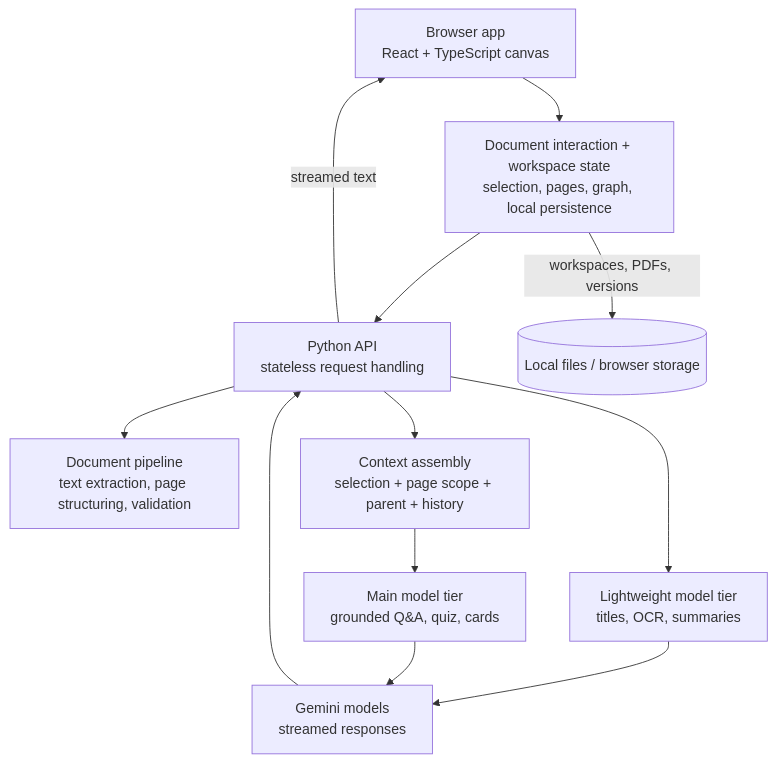
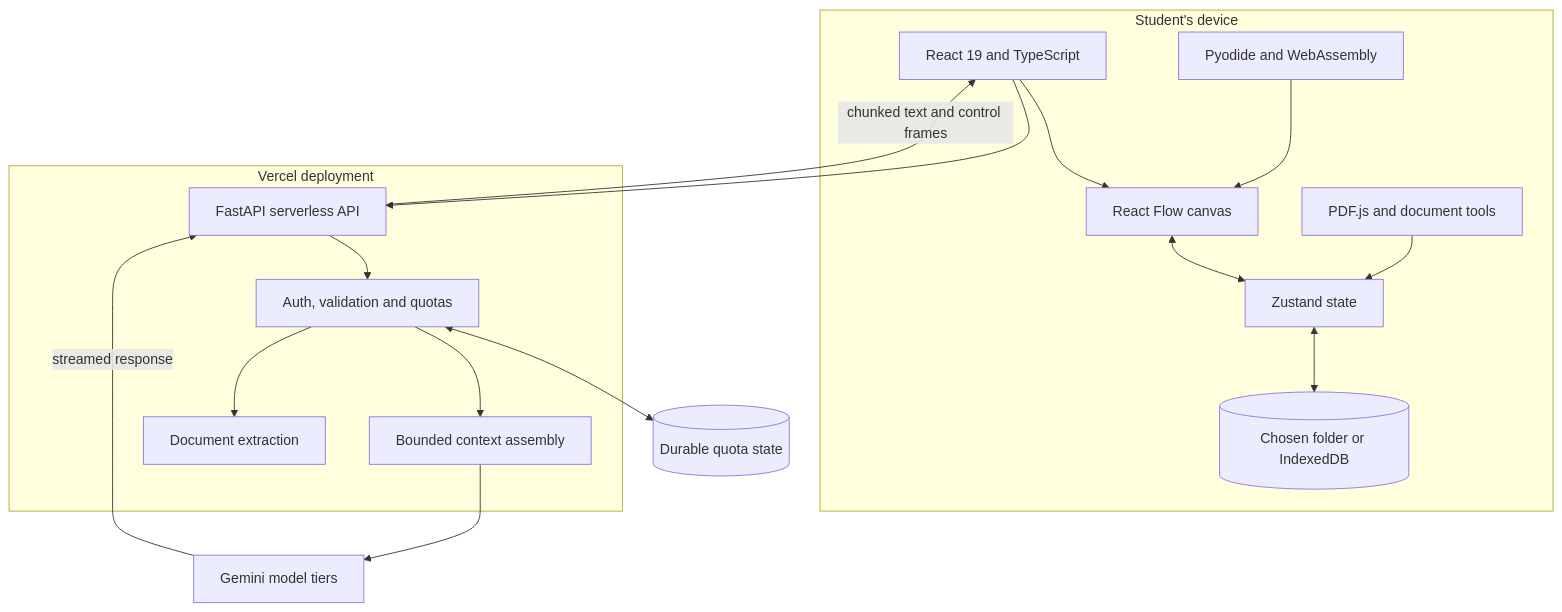
The second of 2 diagrams in README.md (AkshayReddyGujjula/StudyCanvas-Public), drawn with Mermaid before and after one commit. The commit also changed other lines of this file and 6 other files, not shown here.

````diff
--- a/README.md
+++ b/README.md
@@ -44,23 +101,35 @@
 ```mermaid
 flowchart TB
-    Browser[Browser app<br/>React + TypeScript canvas]
-    Docs[Document interaction + workspace state<br/>selection, pages, graph, local persistence]
-    API[Python API<br/>stateless request handling]
-    Pipe[Document pipeline<br/>text extraction, page structuring, validation]
-    Ctx[Context assembly<br/>selection + page scope + parent + history]
-    TierA[Lightweight model tier<br/>titles, OCR, summaries]
-    TierB[Main model tier<br/>grounded Q&A, quiz, cards]
-    Models[Gemini models<br/>streamed responses]
+    subgraph Device[Student's device]
+        UI[React 19 and TypeScript]
+        Graph[React Flow canvas]
+        State[Zustand state]
+        PDF[PDF.js and document tools]
+        Python[Pyodide and WebAssembly]
+        Local[(Chosen folder or IndexedDB)]
+    end
 
-    Browser --> Docs
-    Docs --> API
-    API --> Pipe
-    API --> Ctx
-    API --> TierA
-    Ctx --> TierB
-    TierA --> Models
-    TierB --> Models
-    Models --> API
-    API -- streamed text --> Browser
-    Docs -- workspaces, PDFs, versions --> Local[(Local files / browser storage)]
+    subgraph Platform[Vercel deployment]
+        API[FastAPI serverless API]
+        Guard[Auth, validation and quotas]
+        Context[Bounded context assembly]
+        Extract[Document extraction]
+    end
+
+    Models[Gemini model tiers]
+    Quota[(Durable quota state)]
+
+    UI --> Graph
+    Graph <--> State
+    PDF --> State
+    Python --> Graph
+    State <--> Local
+    UI --> API
+    API --> Guard
+    Guard <--> Quota
+    Guard --> Context
+    Guard --> Extract
+    Context --> Models
+    Models -- streamed response --> API
+    API -- chunked text and control frames --> UI
 ```
````
